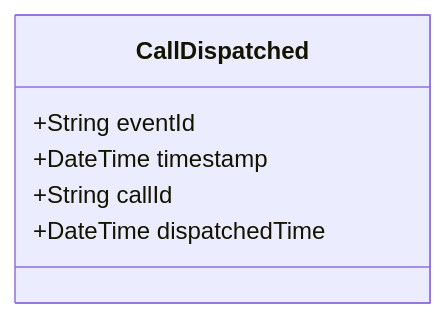
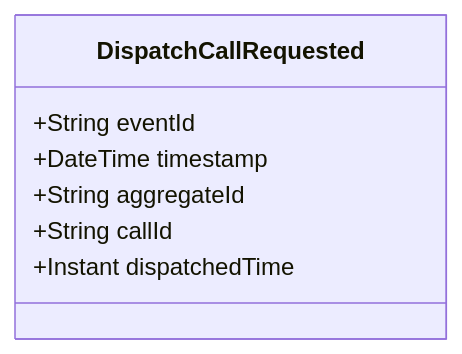
One commit to pgraff/police-system changed the diagram in doc/events/CallDispatched.md. Above: the diagram before and after it, drawn with Mermaid. The commit also changed other lines of this file and 58 other files, not shown here.

````diff
--- a/doc/events/CallDispatched.md
+++ b/doc/events/CallDispatched.md
@@ -9,9 +9,10 @@
 ```mermaid
 classDiagram
-    class CallDispatched {
+    class DispatchCallRequested {
         +String eventId
         +DateTime timestamp
+        +String aggregateId
         +String callId
-        +DateTime dispatchedTime
+        +Instant dispatchedTime
     }
 ```
````
